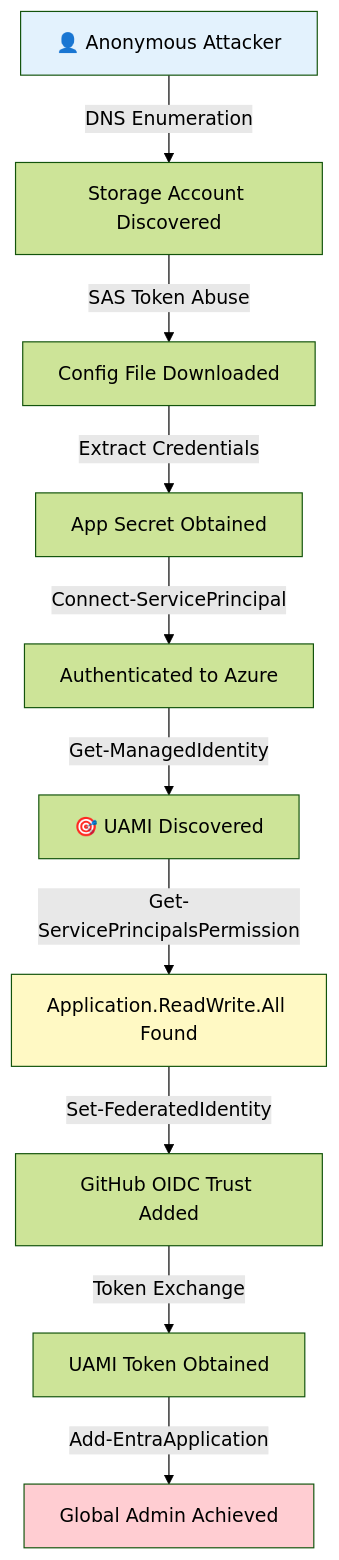
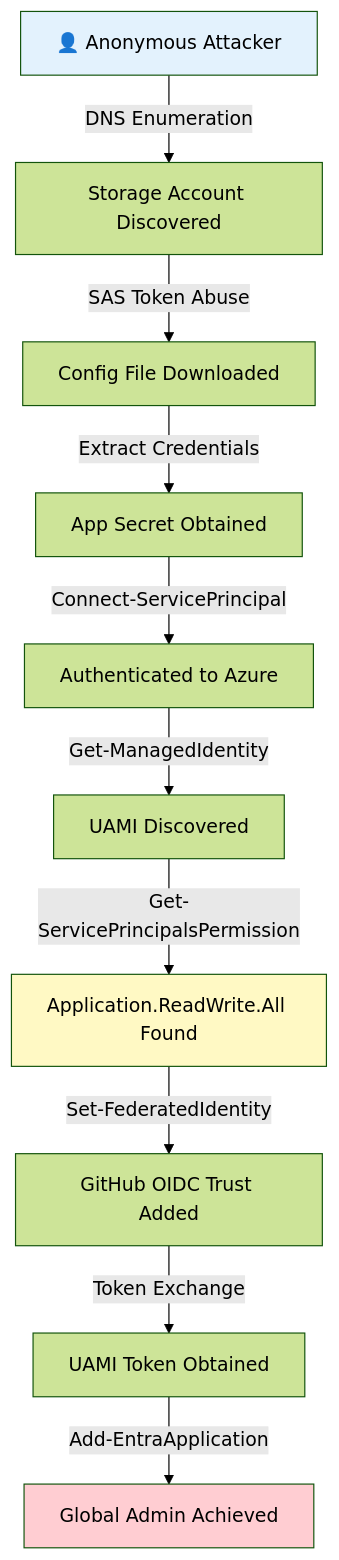
The second of 6 diagrams in README.md (azurekid/mc2-connect), drawn with Mermaid (forest theme) before and after one commit. The commit also changed other lines of this file, not shown here.

````diff
--- a/README.md
+++ b/README.md
@@ -67,16 +67,16 @@
 ```mermaid
 flowchart TD
     A[👤 Anonymous Attacker] -->|DNS Enumeration| B[Storage Account Discovered]
     B -->|SAS Token Abuse| C[Config File Downloaded]
     C -->|Extract Credentials| D[App Secret Obtained]
     D -->|Connect-ServicePrincipal| E[Authenticated to Azure]
-    E -->|Get-ManagedIdentity| F[🎯 UAMI Discovered]
+    E -->|Get-ManagedIdentity| F[UAMI Discovered]
     F -->|Get-ServicePrincipalsPermission| G[Application.ReadWrite.All Found]
     G -->|Set-FederatedIdentity| H[GitHub OIDC Trust Added]
     H -->|Token Exchange| I[UAMI Token Obtained]
     I -->|Add-EntraApplication| J[Global Admin Achieved]
 
     style A fill:#e3f2fd
     style J fill:#ffcdd2
     style G fill:#fff9c4
 ```
````
